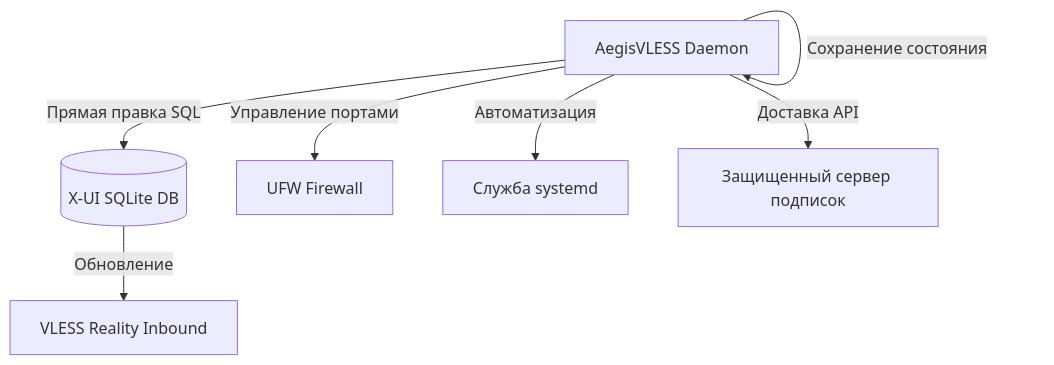
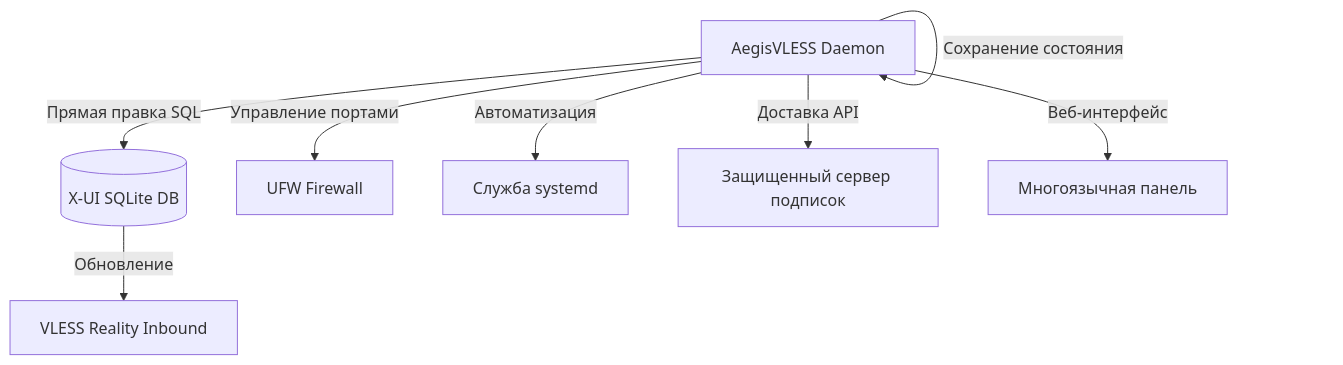
Before and after one commit to neeitr0n/AegisVLESS: the second of 4 diagrams in README.md, drawn with Mermaid. The commit also changed other lines of this file, not shown here.

````diff
--- a/README.md
+++ b/README.md
@@ -87,9 +106,10 @@
 ```mermaid
 graph TD
     A[AegisVLESS Daemon] -->|Прямая правка SQL| B[(X-UI SQLite DB)]
     A -->|Сохранение состояния| A
     A -->|Управление портами| C[UFW Firewall]
     A -->|Автоматизация| D[Служба systemd]
     A -->|Доставка API| E[Защищенный сервер подписок]
-    B -->|Обновление| F[VLESS Reality Inbound]
+    A -->|Веб-интерфейс| F[Многоязычная панель]
+    B -->|Обновление| G[VLESS Reality Inbound]
 ```
````
